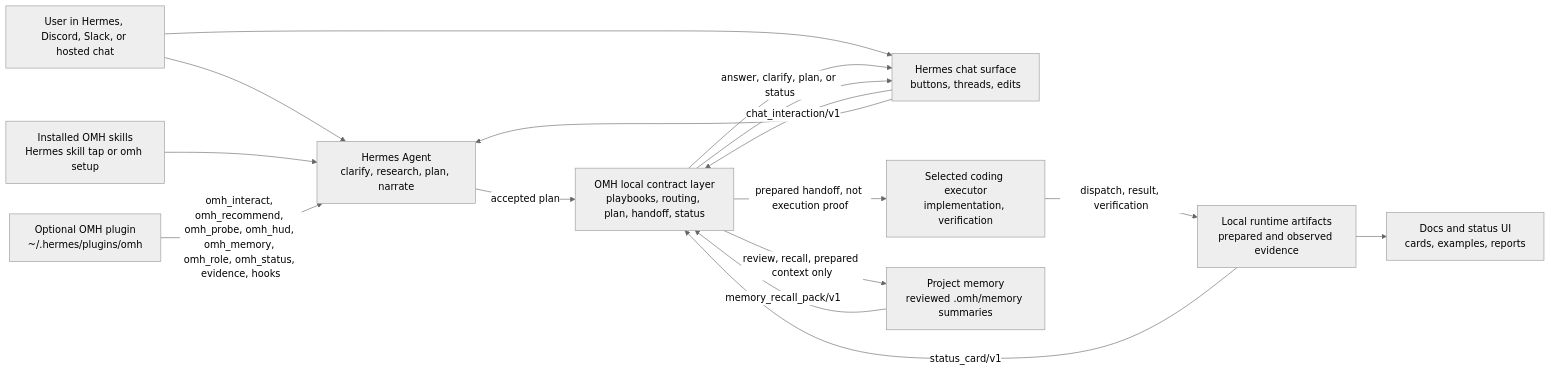
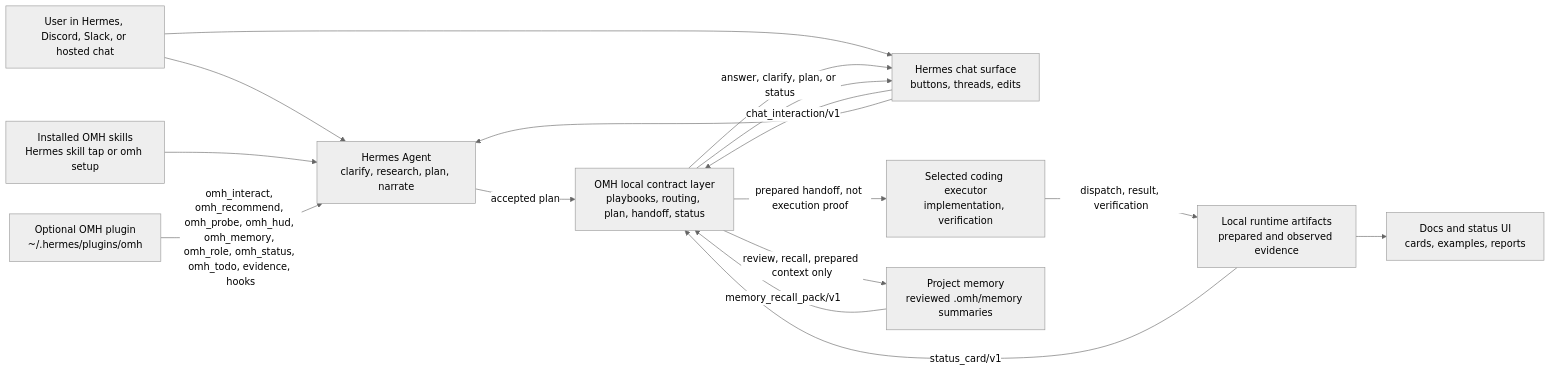
The diagram in docs/ARCHITECTURE.md (Mak-1911/oh-my-hermes), drawn with Mermaid (neutral theme) before and after one commit. The commit also changed other lines of this file and 16 other files, not shown here.

````diff
--- a/docs/ARCHITECTURE.md
+++ b/docs/ARCHITECTURE.md
@@ -36,29 +36,29 @@
 ```mermaid
 flowchart LR
   user["User in Hermes, Discord, Slack, or hosted chat"]
   skills["Installed OMH skills\nHermes skill tap or omh setup"]
   plugin["Optional OMH plugin\n~/.hermes/plugins/omh"]
   wrapper["Hermes chat surface\nbuttons, threads, edits"]
   omh["OMH local contract layer\nplaybooks, routing, plan, handoff, status"]
   hermes["Hermes Agent\nclarify, research, plan, narrate"]
   executor["Selected coding executor\nimplementation, verification"]
   memory["Project memory\nreviewed .omh/memory summaries"]
   runtime["Local runtime artifacts\nprepared and observed evidence"]
   site["Docs and status UI\ncards, examples, reports"]
 
   user --> hermes
   skills --> hermes
-  plugin -->|"omh_interact, omh_recommend, omh_probe, omh_hud, omh_memory, omh_role, omh_status, evidence, hooks"| hermes
+  plugin -->|"omh_interact, omh_recommend, omh_probe, omh_hud, omh_memory, omh_role, omh_status, omh_todo, evidence, hooks"| hermes
   user --> wrapper
   wrapper -->|"chat_interaction/v1"| omh
   omh -->|"answer, clarify, plan, or status"| wrapper
   wrapper --> hermes
   hermes -->|"accepted plan"| omh
   omh -->|"review, recall, prepared context only"| memory
   memory -->|"memory_recall_pack/v1"| omh
   omh -->|"prepared handoff, not execution proof"| executor
   executor -->|"dispatch, result, verification"| runtime
   runtime -->|"status_card/v1"| omh
   omh --> wrapper
   runtime --> site
 ```
````
